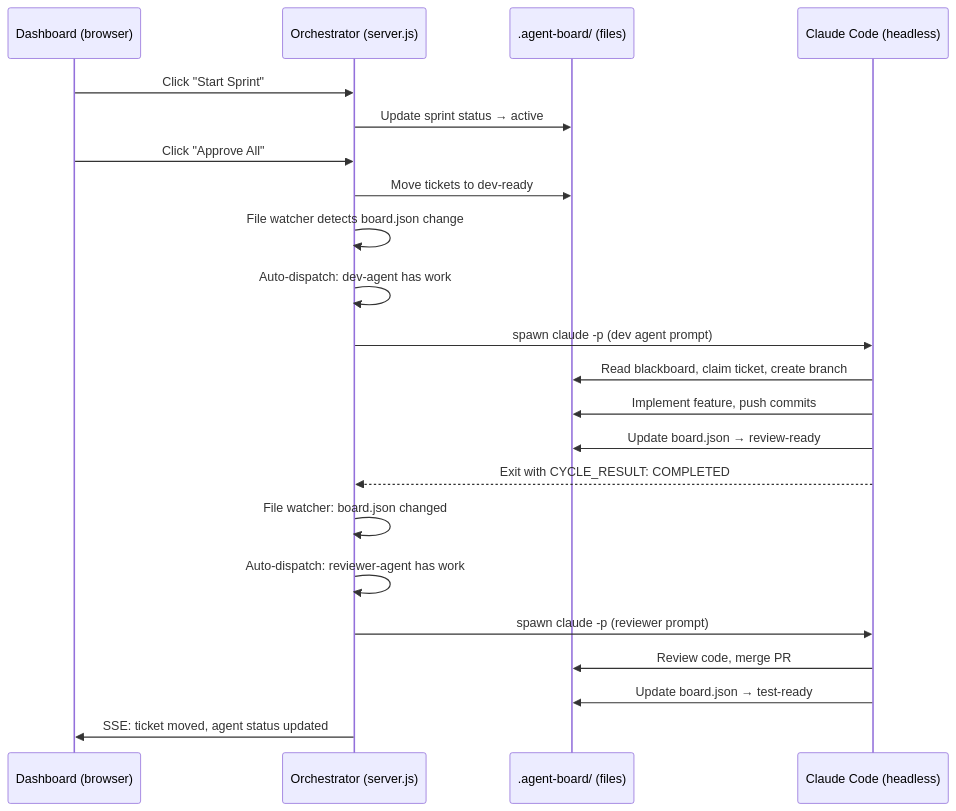
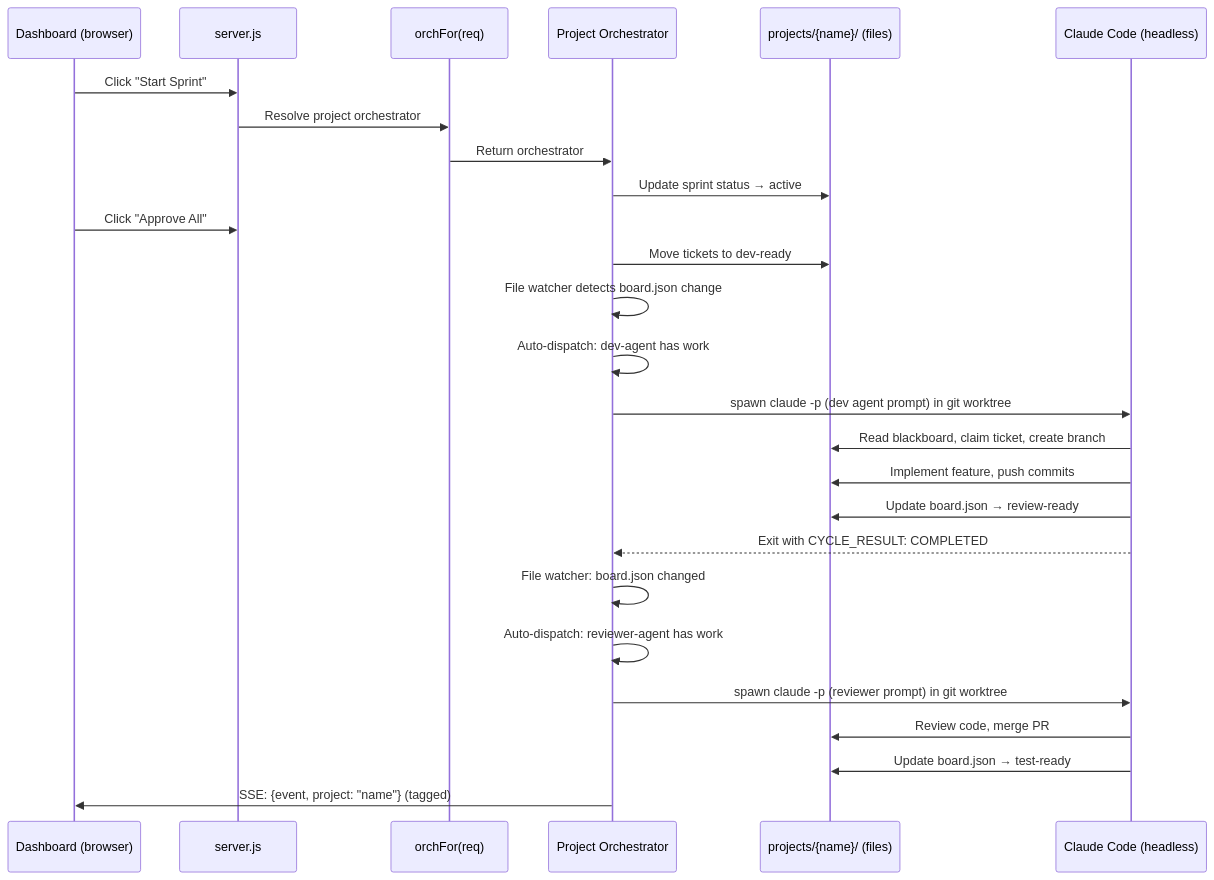
One commit to PraAIHub/SwarmBoard changed the fifth of 11 diagrams in docs/ARCHITECTURE.md. Above: the diagram before and after it, drawn with Mermaid. The commit also changed other lines of this file and 4 other files, not shown here.

````diff
--- a/docs/ARCHITECTURE.md
+++ b/docs/ARCHITECTURE.md
@@ -522,25 +544,29 @@
 ```mermaid
 sequenceDiagram
     participant D as Dashboard (browser)
-    participant O as Orchestrator (server.js)
-    participant F as .agent-board/ (files)
+    participant S as server.js
+    participant OF as orchFor(req)
+    participant O as Project Orchestrator
+    participant F as projects/{name}/ (files)
     participant C as Claude Code (headless)
 
-    D->>O: Click "Start Sprint"
+    D->>S: Click "Start Sprint"
+    S->>OF: Resolve project orchestrator
+    OF->>O: Return orchestrator
     O->>F: Update sprint status → active
-    D->>O: Click "Approve All"
+    D->>S: Click "Approve All"
     O->>F: Move tickets to dev-ready
     O->>O: File watcher detects board.json change
     O->>O: Auto-dispatch: dev-agent has work
-    O->>C: spawn claude -p (dev agent prompt)
+    O->>C: spawn claude -p (dev agent prompt) in git worktree
     C->>F: Read blackboard, claim ticket, create branch
     C->>F: Implement feature, push commits
     C->>F: Update board.json → review-ready
     C-->>O: Exit with CYCLE_RESULT: COMPLETED
     O->>O: File watcher: board.json changed
     O->>O: Auto-dispatch: reviewer-agent has work
-    O->>C: spawn claude -p (reviewer prompt)
+    O->>C: spawn claude -p (reviewer prompt) in git worktree
     C->>F: Review code, merge PR
     C->>F: Update board.json → test-ready
-    O->>D: SSE: ticket moved, agent status updated
+    O->>D: SSE: {event, project: "name"} (tagged)
 ```
````
